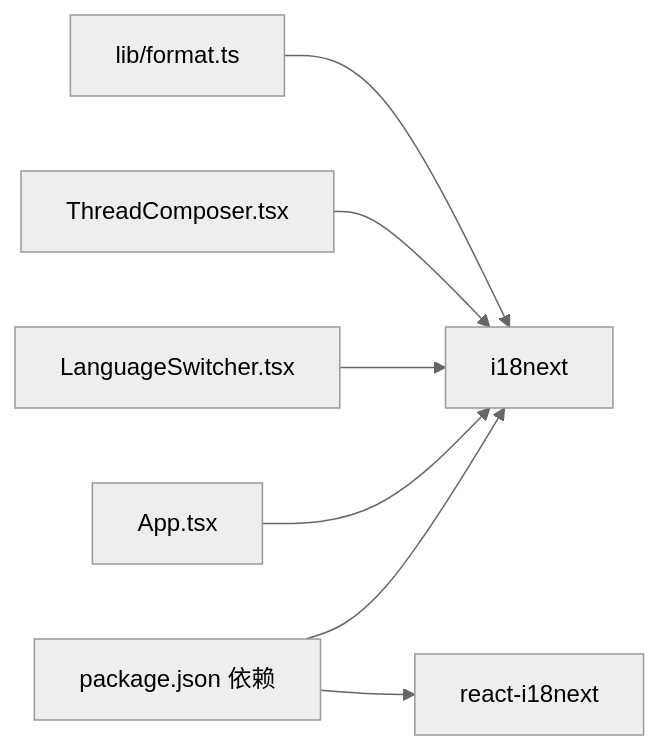
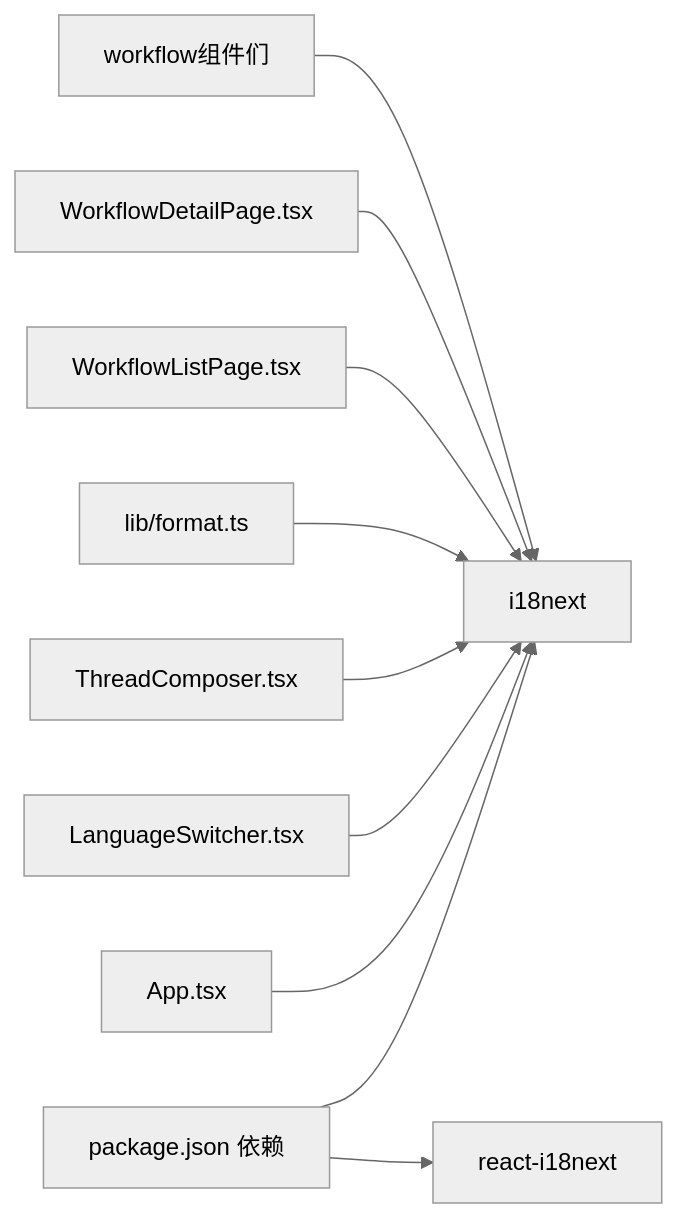
The tenth of 10 diagrams in .qoder/repowiki/zh/content/WebUI前端系统/国际化(i18n)系统.md (gongzeq/VAPT3), drawn with Mermaid (neutral theme) before and after one commit. The commit also changed other lines of this file and 33 other files, not shown here.

````diff
--- a/.qoder/repowiki/zh/content/WebUI前端系统/国际化(i18n)系统.md
+++ b/.qoder/repowiki/zh/content/WebUI前端系统/国际化(i18n)系统.md
@@ -292,16 +339,22 @@
 ```mermaid
 graph LR
 PKG["package.json 依赖"]
 I18N["i18next"]
 RI18N["react-i18next"]
 APP["App.tsx"]
 LS["LanguageSwitcher.tsx"]
 TC["ThreadComposer.tsx"]
 FMT["lib/format.ts"]
+WLIST["WorkflowListPage.tsx"]
+WDETAIL["WorkflowDetailPage.tsx"]
+WCOMP["workflow组件们"]
 PKG --> I18N
 PKG --> RI18N
 APP --> I18N
 LS --> I18N
 TC --> I18N
 FMT --> I18N
+WLIST --> I18N
+WDETAIL --> I18N
+WCOMP --> I18N
 ```
````
